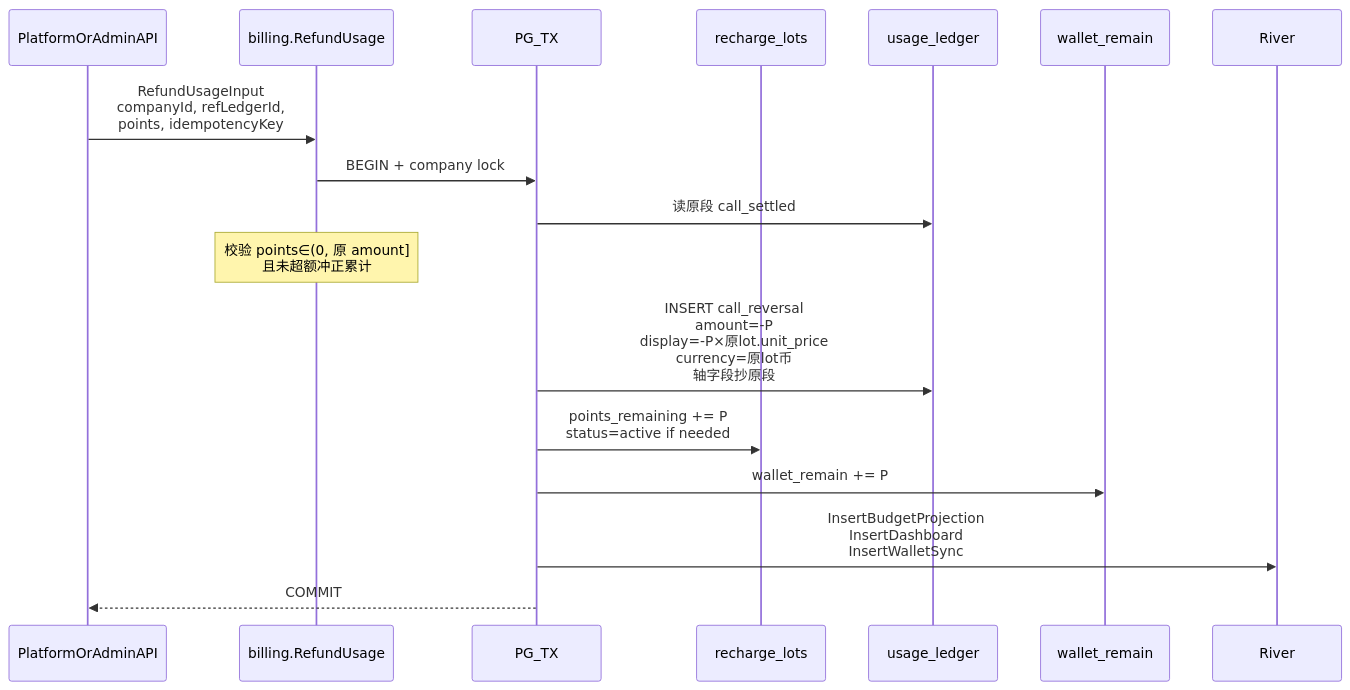
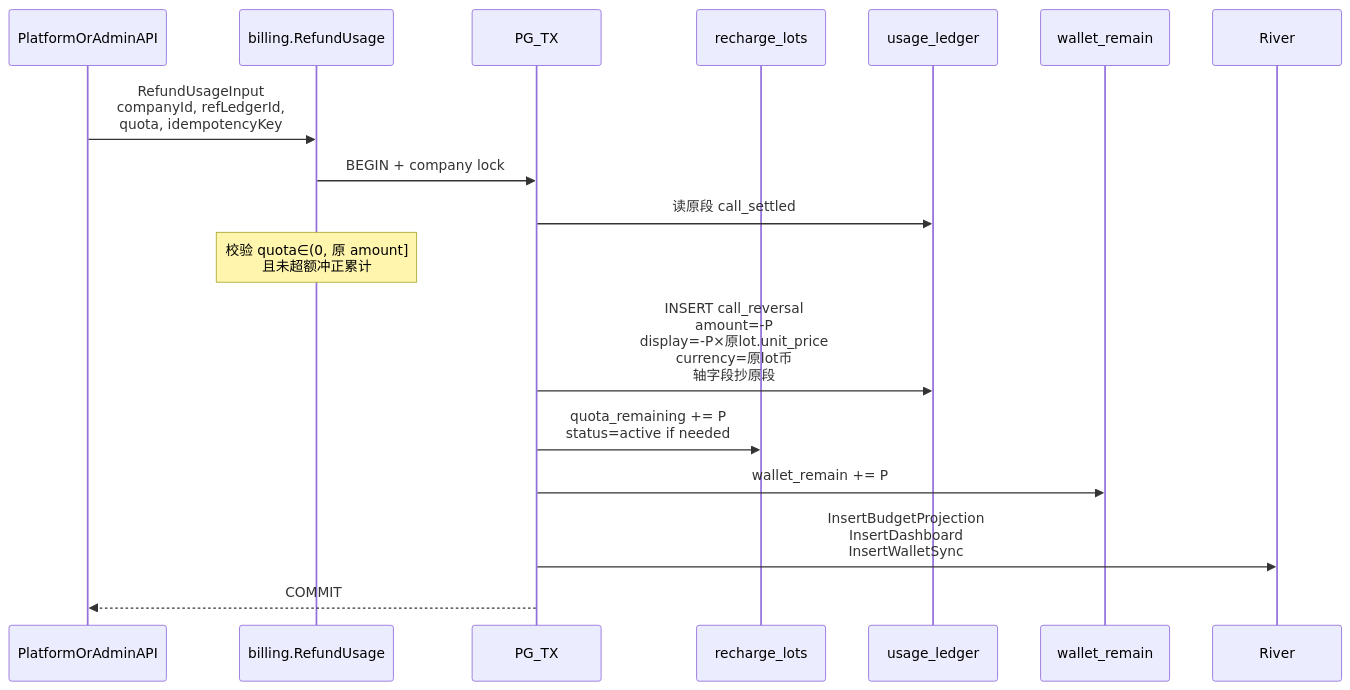
The second of 3 diagrams in docs/plan/Backend-退款与冲正.md (quyip8818/mytokenjoy), drawn with Mermaid before and after one commit. The commit also changed other lines of this file and 17 other files, not shown here.

````diff
--- a/docs/plan/Backend-退款与冲正.md
+++ b/docs/plan/Backend-退款与冲正.md
@@ -97,20 +97,20 @@
 ```mermaid
 sequenceDiagram
   participant API as PlatformOrAdminAPI
   participant Svc as billing.RefundUsage
   participant Tx as PG_TX
   participant Lot as recharge_lots
   participant Ld as usage_ledger
   participant W as wallet_remain
   participant Q as River
 
-  API->>Svc: RefundUsageInput<br/>companyId, refLedgerId,<br/>points, idempotencyKey
+  API->>Svc: RefundUsageInput<br/>companyId, refLedgerId,<br/>quota, idempotencyKey
   Svc->>Tx: BEGIN + company lock
   Tx->>Ld: 读原段 call_settled
-  Note over Svc: 校验 points∈(0, 原 amount]<br/>且未超额冲正累计
+  Note over Svc: 校验 quota∈(0, 原 amount]<br/>且未超额冲正累计
   Tx->>Ld: INSERT call_reversal<br/>amount=-P<br/>display=-P×原lot.unit_price<br/>currency=原lot币<br/>轴字段抄原段
-  Tx->>Lot: points_remaining += P<br/>status=active if needed
+  Tx->>Lot: quota_remaining += P<br/>status=active if needed
   Tx->>W: wallet_remain += P
   Tx->>Q: InsertBudgetProjection<br/>InsertDashboard<br/>InsertWalletSync
   Tx-->>API: COMMIT
 ```
````
